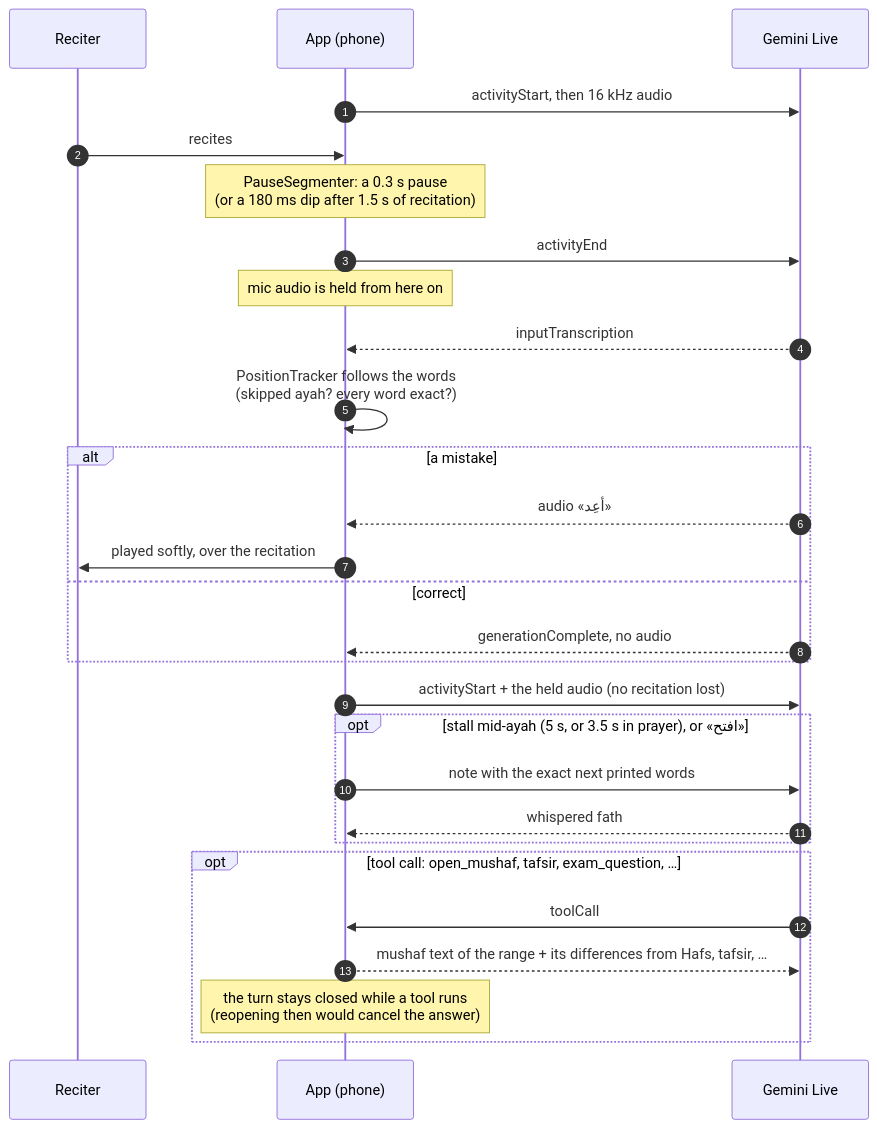
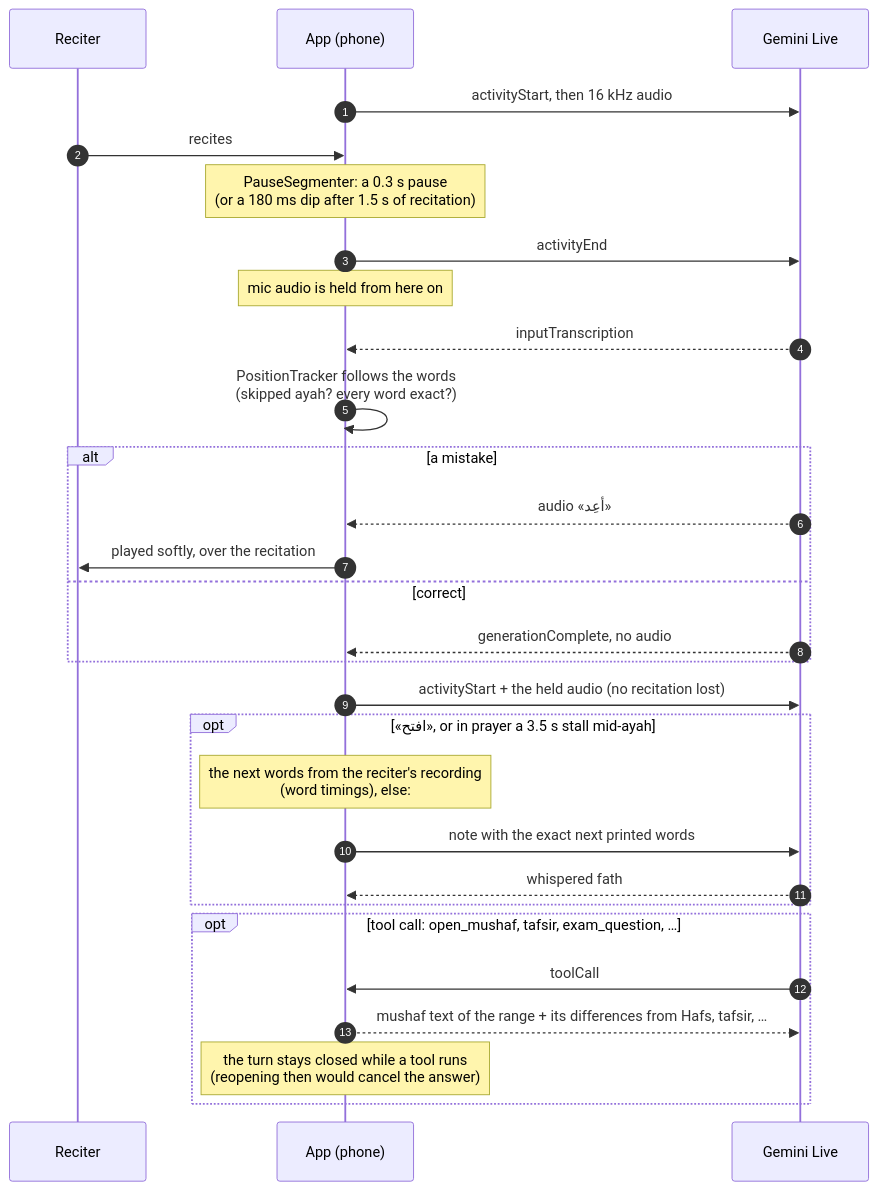
The second of 2 diagrams in README.md (kmbenjel/musammi), drawn with Mermaid before and after one commit. The commit also changed other lines of this file and 1052 other files, not shown here.

````diff
--- a/README.md
+++ b/README.md
@@ -140,32 +148,33 @@
 ```mermaid
 sequenceDiagram
     autonumber
     participant R as Reciter
     participant A as App (phone)
     participant G as Gemini Live
 
     A->>G: activityStart, then 16 kHz audio
     R->>A: recites
     Note over A: PauseSegmenter: a 0.3 s pause<br/>(or a 180 ms dip after 1.5 s of recitation)
     A->>G: activityEnd
     Note over A: mic audio is held from here on
     G-->>A: inputTranscription
     A->>A: PositionTracker follows the words<br/>(skipped ayah? every word exact?)
     alt a mistake
         G-->>A: audio «أعِد»
         A->>R: played softly, over the recitation
     else correct
         G-->>A: generationComplete, no audio
     end
     A->>G: activityStart + the held audio (no recitation lost)
 
-    opt stall mid-ayah (5 s, or 3.5 s in prayer), or «افتح»
+    opt «افتح», or in prayer a 3.5 s stall mid-ayah
+        Note over A: the next words from the reciter's recording<br/>(word timings), else:
         A->>G: note with the exact next printed words
         G-->>A: whispered fath
     end
     opt tool call: open_mushaf, tafsir, exam_question, …
         G->>A: toolCall
         A-->>G: mushaf text of the range + its differences from Hafs, tafsir, …
         Note over A: the turn stays closed while a tool runs<br/>(reopening then would cancel the answer)
     end
 ```
````
